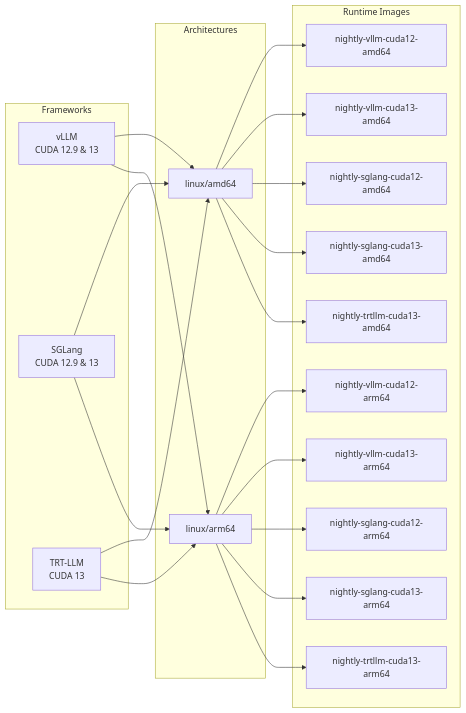
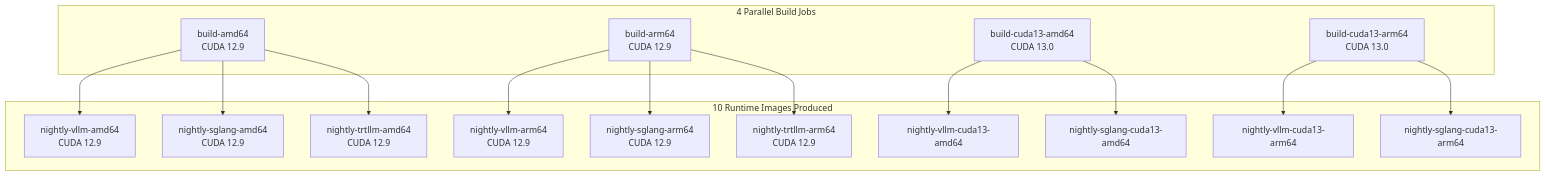
Before and after one commit to ai-dynamo/dynamo: the first of 4 diagrams in .github/NIGHTLY_WORKFLOW.md, drawn with Mermaid. The commit also changed other lines of this file and 2 other files, not shown here.

````diff
--- a/.github/NIGHTLY_WORKFLOW.md
+++ b/.github/NIGHTLY_WORKFLOW.md
@@ -34,33 +44,27 @@
 ```mermaid
-flowchart LR
-    subgraph Frameworks
-        F1[vLLM<br/>CUDA 12.9 & 13]
-        F2[SGLang<br/>CUDA 12.9 & 13]
-        F3[TRT-LLM<br/>CUDA 13]
+flowchart TD
+    subgraph BuildJobs["4 Parallel Build Jobs"]
+        B1[build-amd64<br/>CUDA 12.9]
+        B2[build-arm64<br/>CUDA 12.9]
+        B3[build-cuda13-amd64<br/>CUDA 13.0]
+        B4[build-cuda13-arm64<br/>CUDA 13.0]
     end
 
-    subgraph Architectures
-        A1[linux/amd64]
-        A2[linux/arm64]
+    subgraph Images["10 Runtime Images Produced"]
+        I1[nightly-vllm-amd64<br/>CUDA 12.9]
+        I2[nightly-vllm-arm64<br/>CUDA 12.9]
+        I3[nightly-sglang-amd64<br/>CUDA 12.9]
+        I4[nightly-sglang-arm64<br/>CUDA 12.9]
+        I5[nightly-trtllm-amd64<br/>CUDA 12.9]
+        I6[nightly-trtllm-arm64<br/>CUDA 12.9]
+        I7[nightly-vllm-cuda13-amd64]
+        I8[nightly-vllm-cuda13-arm64]
+        I9[nightly-sglang-cuda13-amd64]
+        I10[nightly-sglang-cuda13-arm64]
     end
 
-    subgraph Images["Runtime Images"]
-        I1[nightly-vllm-cuda12-amd64]
-        I1b[nightly-vllm-cuda13-amd64]
-        I2[nightly-vllm-cuda12-arm64]
-        I2b[nightly-vllm-cuda13-arm64]
-        I3[nightly-sglang-cuda12-amd64]
-        I3b[nightly-sglang-cuda13-amd64]
-        I4[nightly-sglang-cuda12-arm64]
-        I4b[nightly-sglang-cuda13-arm64]
-        I5[nightly-trtllm-cuda13-amd64]
-        I6[nightly-trtllm-cuda13-arm64]
-    end
-
-    F1 --> A1 --> I1 & I1b
-    F1 --> A2 --> I2 & I2b
-    F2 --> A1 --> I3 & I3b
-    F2 --> A2 --> I4 & I4b
-    F3 --> A1 --> I5
-    F3 --> A2 --> I6
+    B1 --> I1 & I3 & I5
+    B2 --> I2 & I4 & I6
+    B3 --> I7 & I9
+    B4 --> I8 & I10
 ```
````
